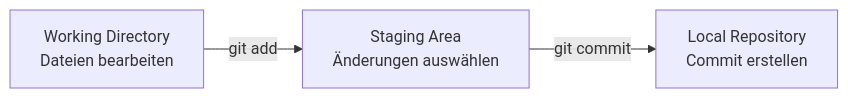
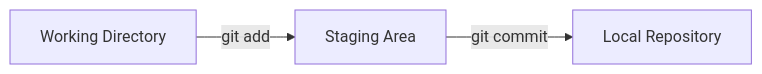
The third of 5 diagrams in README.md (Post155/Git-Schulung), drawn with Mermaid before and after one commit. The commit also changed other lines of this file, not shown here.

````diff
--- a/README.md
+++ b/README.md
@@ -103,9 +83,5 @@
 ```mermaid
 flowchart LR
-    A["Working Directory<br/>Dateien bearbeiten"]
-    B["Staging Area<br/>Änderungen auswählen"]
-    C["Local Repository<br/>Commit erstellen"]
-
-    A -->|git add| B
-    B -->|git commit| C
+    A["Working Directory"] -->|git add| B["Staging Area"]
+    B -->|git commit| C["Local Repository"]
 ```
````
